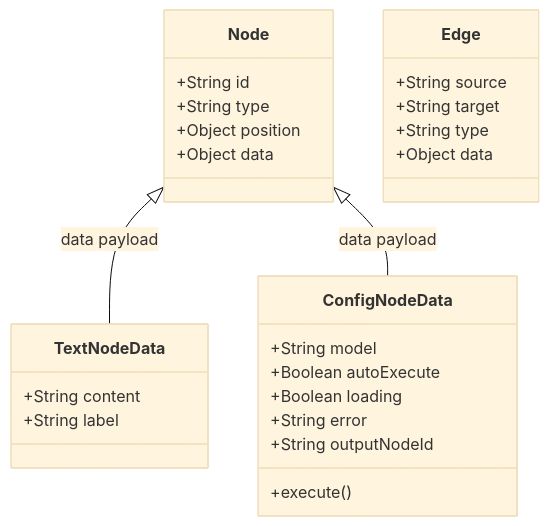
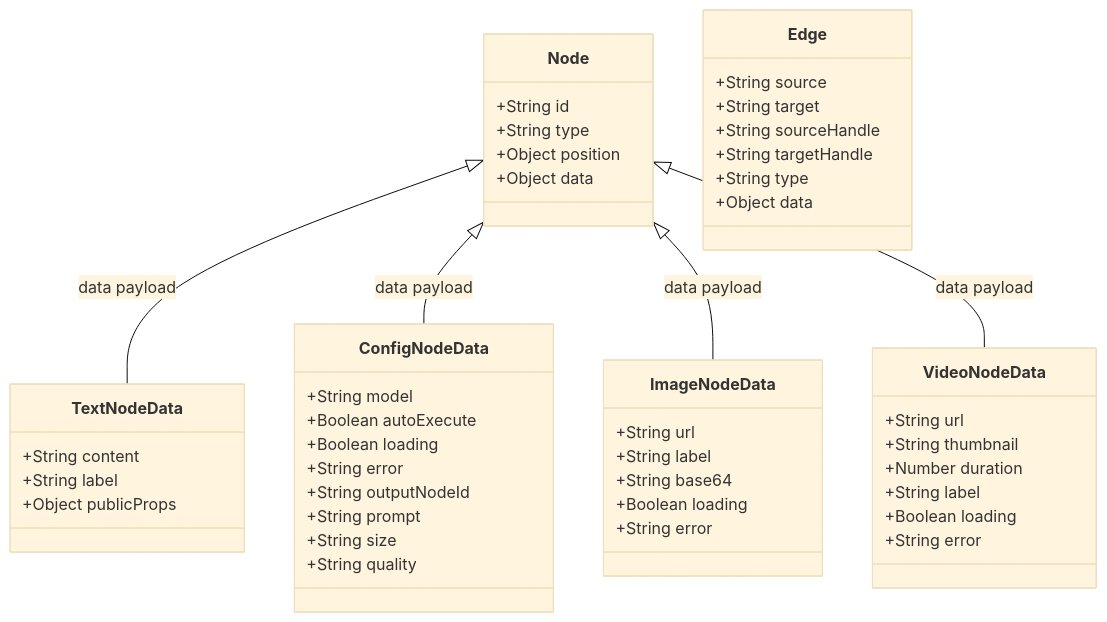
Before and after one commit to zeus-maker/shanchuang-space: the fifth of 10 diagrams in docs/TECH.md, drawn with Mermaid (base theme). The commit also changed other lines of this file and 17 other files, not shown here.

````diff
--- a/docs/TECH.md
+++ b/docs/TECH.md
@@ -123,30 +322,52 @@
 ```mermaid
 classDiagram
     class Node {
         +String id
         +String type
         +Object position
         +Object data
     }
     class TextNodeData {
         +String content
         +String label
+        +Object publicProps
     }
     class ConfigNodeData {
         +String model
         +Boolean autoExecute
         +Boolean loading
         +String error
         +String outputNodeId
-        +execute()
+        +String prompt
+        +String size
+        +String quality
+    }
+    class ImageNodeData {
+        +String url
+        +String label
+        +String base64
+        +Boolean loading
+        +String error
+    }
+    class VideoNodeData {
+        +String url
+        +String thumbnail
+        +Number duration
+        +String label
+        +Boolean loading
+        +String error
     }
     class Edge {
         +String source
         +String target
+        +String sourceHandle
+        +String targetHandle
         +String type
         +Object data
     }
     
     Node <|-- TextNodeData : data payload
     Node <|-- ConfigNodeData : data payload
+    Node <|-- ImageNodeData : data payload
+    Node <|-- VideoNodeData : data payload
 ```
````
